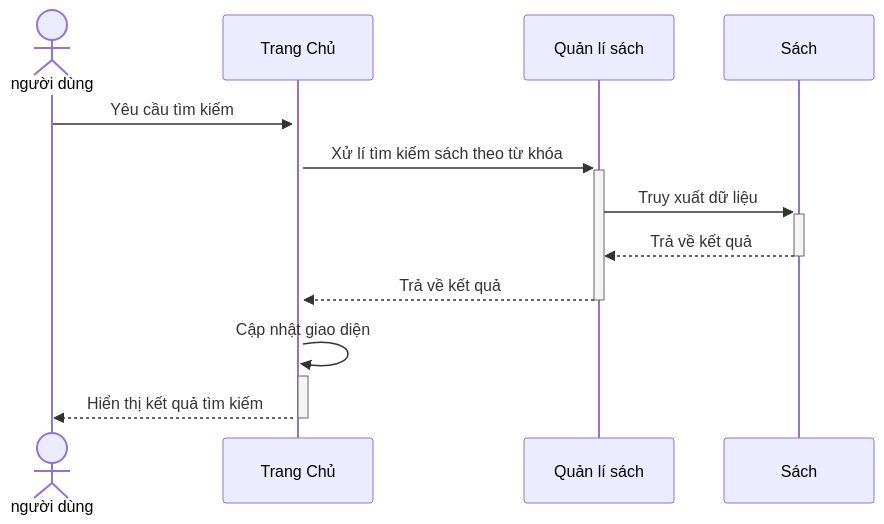
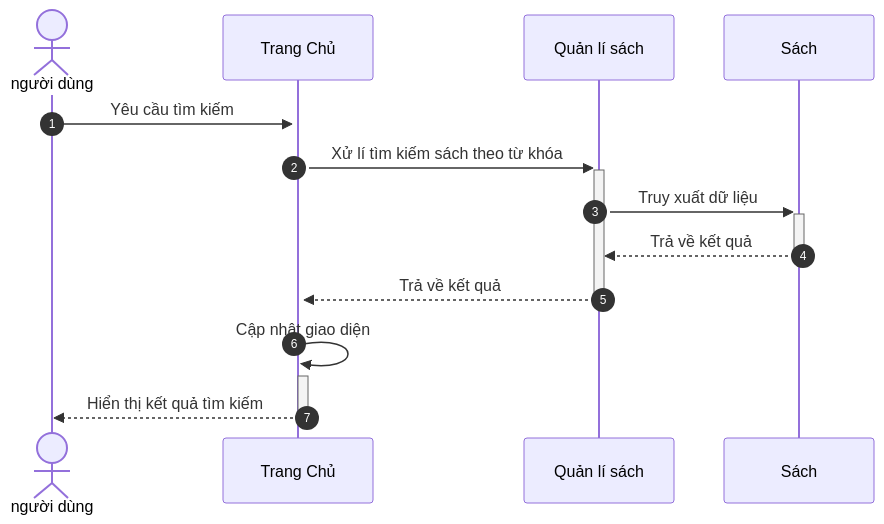
The diagram in .document/sequence/NguoiDung/TimKiemSach.md (LienNTB/sequence-Mori), drawn with Mermaid before and after one commit. The commit also changed 8 other files, not shown here.

````diff
--- a/.document/sequence/NguoiDung/TimKiemSach.md
+++ b/.document/sequence/NguoiDung/TimKiemSach.md
@@ -1,16 +1,17 @@
 ```mermaid
 sequenceDiagram
 actor user as người dùng
 participant ui as Trang Chủ
 participant manage as Quản lí sách
 participant db as Sách
+autonumber
 
 user->>+ui: Yêu cầu tìm kiếm
 ui->>+manage: Xử lí tìm kiếm sách theo từ khóa
 manage->>+db: Truy xuất dữ liệu
 
 db-->>-manage:Trả về kết quả
 manage-->>-ui:Trả về kết quả
 ui->>+ui: Cập nhật giao diện
 ui-->>-user: Hiển thị kết quả tìm kiếm
 ```
````
